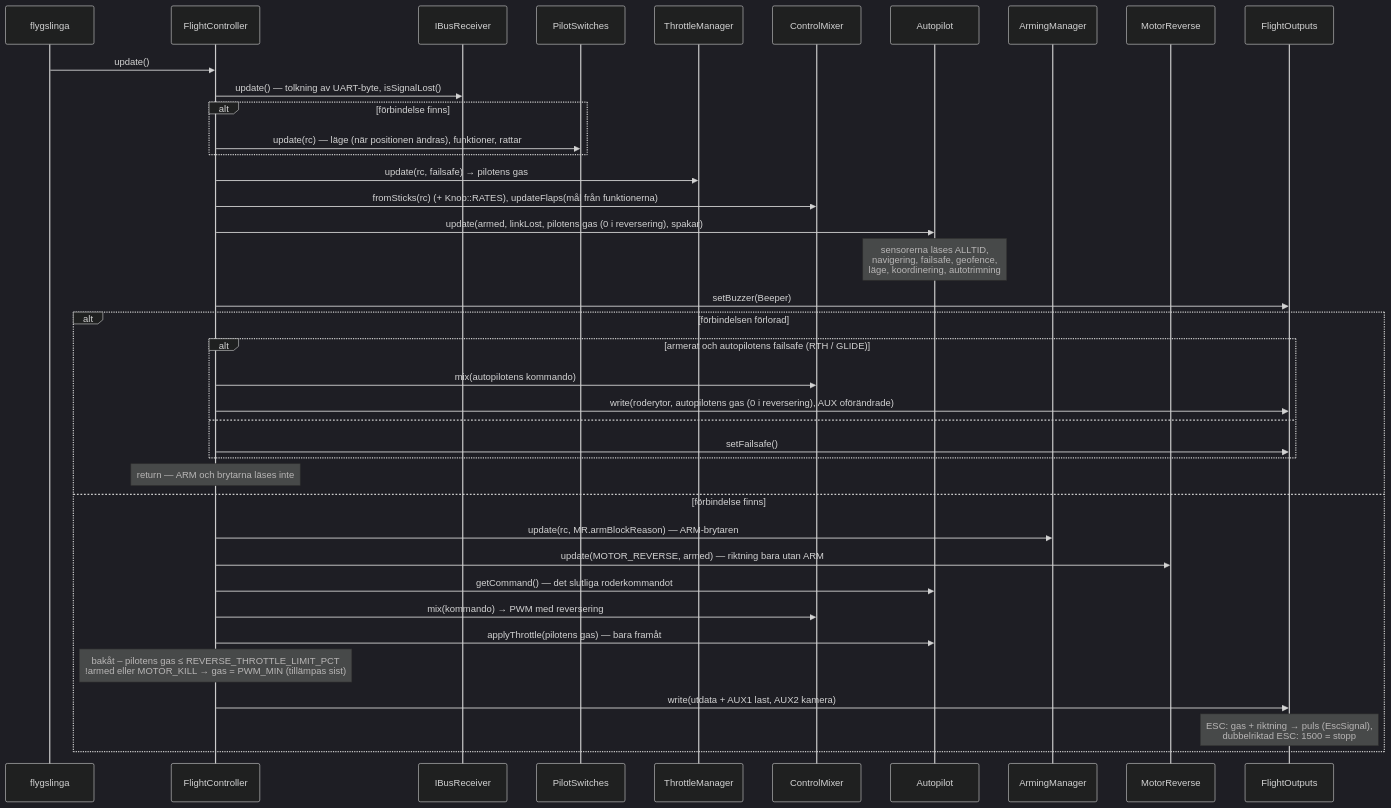
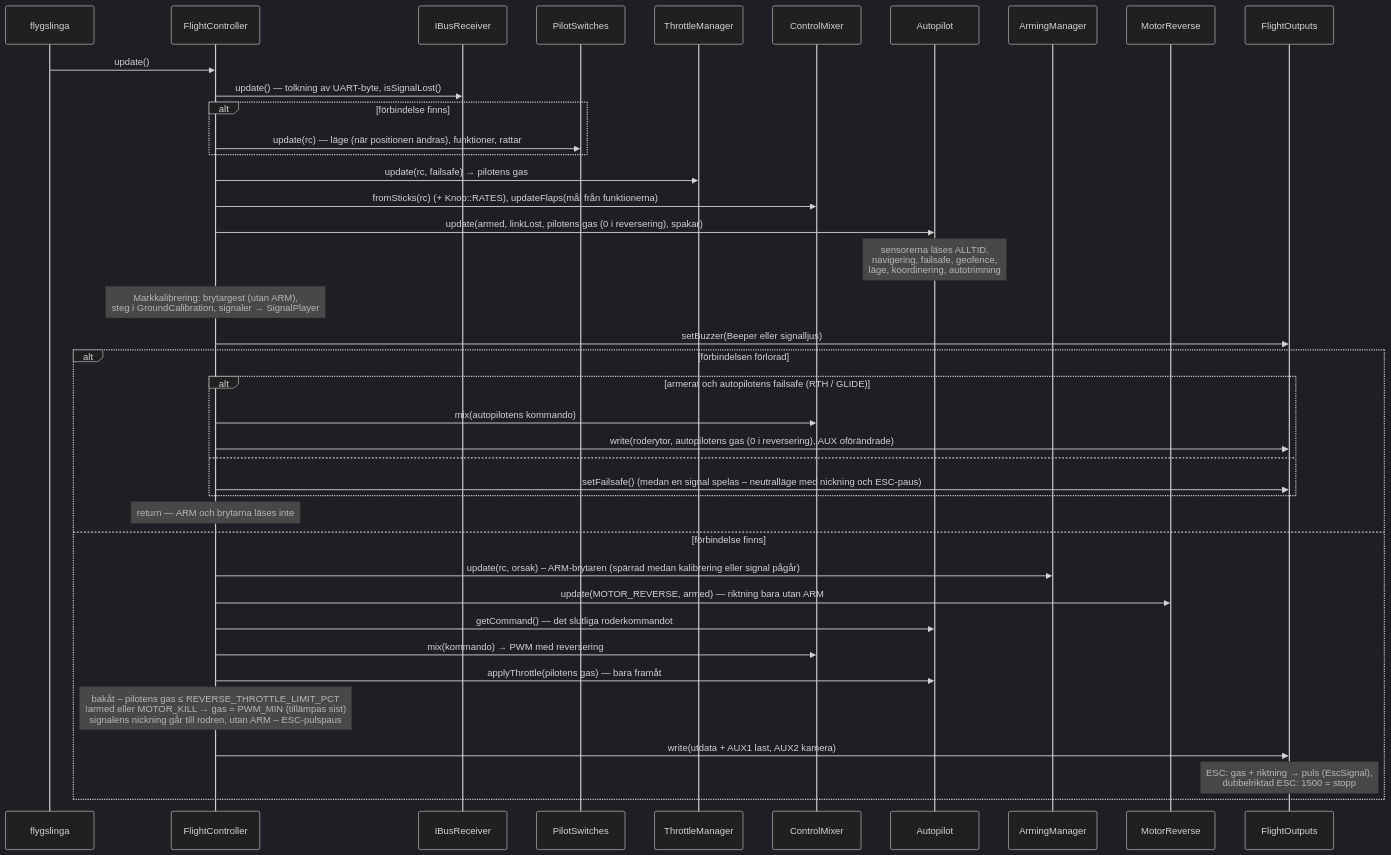
The sixth of 12 diagrams in docs/i18n/sv/ARCHITECTURE.md (damir-lebedev/OpenPlaneProject), drawn with Mermaid (dark theme) before and after one commit. The commit also changed other lines of this file and 215 other files, not shown here.

````diff
--- a/docs/i18n/sv/ARCHITECTURE.md
+++ b/docs/i18n/sv/ARCHITECTURE.md
@@ -401,42 +401,43 @@
 ```mermaid
 sequenceDiagram
     participant L as flygslinga
     participant FC as FlightController
     participant RX as IBusReceiver
     participant SW as PilotSwitches
     participant TM as ThrottleManager
     participant MX as ControlMixer
     participant AP as Autopilot
     participant AM as ArmingManager
     participant MR as MotorReverse
     participant OUT as FlightOutputs
 
     L->>FC: update()
     FC->>RX: update() — tolkning av UART-byte, isSignalLost()
     alt förbindelse finns
         FC->>SW: update(rc) — läge (när positionen ändras), funktioner, rattar
     end
     FC->>TM: update(rc, failsafe) → pilotens gas
     FC->>MX: fromSticks(rc) (+ Knob::RATES), updateFlaps(mål från funktionerna)
     FC->>AP: update(armed, linkLost, pilotens gas (0 i reversering), spakar)
     Note over AP: sensorerna läses ALLTID,<br/>navigering, failsafe, geofence,<br/>läge, koordinering, autotrimning
-    FC->>OUT: setBuzzer(Beeper)
+    Note over FC: Markkalibrering: brytargest (utan ARM),<br/>steg i GroundCalibration, signaler → SignalPlayer
+    FC->>OUT: setBuzzer(Beeper eller signalljus)
     alt förbindelsen förlorad
         alt armerat och autopilotens failsafe (RTH / GLIDE)
             FC->>MX: mix(autopilotens kommando)
             FC->>OUT: write(roderytor, autopilotens gas (0 i reversering), AUX oförändrade)
         else
-            FC->>OUT: setFailsafe()
+            FC->>OUT: setFailsafe() (medan en signal spelas – neutralläge med nickning och ESC-paus)
         end
         Note over FC: return — ARM och brytarna läses inte
     else förbindelse finns
-        FC->>AM: update(rc, MR.armBlockReason) — ARM-brytaren
+        FC->>AM: update(rc, orsak) – ARM-brytaren (spärrad medan kalibrering eller signal pågår)
         FC->>MR: update(MOTOR_REVERSE, armed) — riktning bara utan ARM
         FC->>AP: getCommand() — det slutliga roderkommandot
         FC->>MX: mix(kommando) → PWM med reversering
         FC->>AP: applyThrottle(pilotens gas) — bara framåt
-        Note over FC: bakåt – pilotens gas ≤ REVERSE_THROTTLE_LIMIT_PCT<br/>!armed eller MOTOR_KILL → gas = PWM_MIN (tillämpas sist)
+        Note over FC: bakåt – pilotens gas ≤ REVERSE_THROTTLE_LIMIT_PCT<br/>!armed eller MOTOR_KILL → gas = PWM_MIN (tillämpas sist)<br/>signalens nickning går till rodren, utan ARM – ESC-pulspaus
         FC->>OUT: write(utdata + AUX1 last, AUX2 kamera)
         Note over OUT: ESC: gas + riktning → puls (EscSignal),<br/>dubbelriktad ESC: 1500 = stopp
     end
 ```
````
